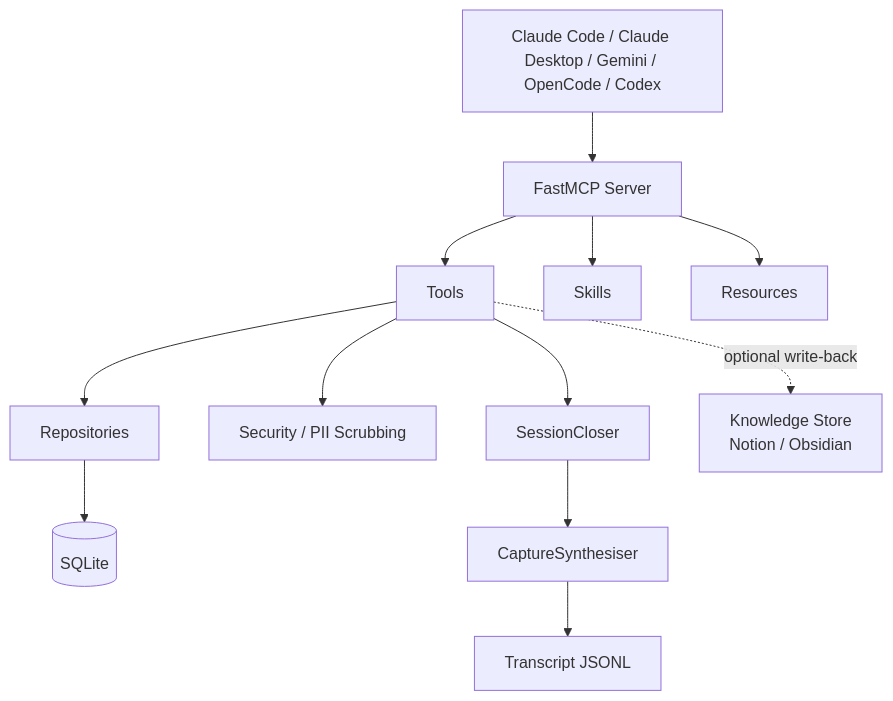
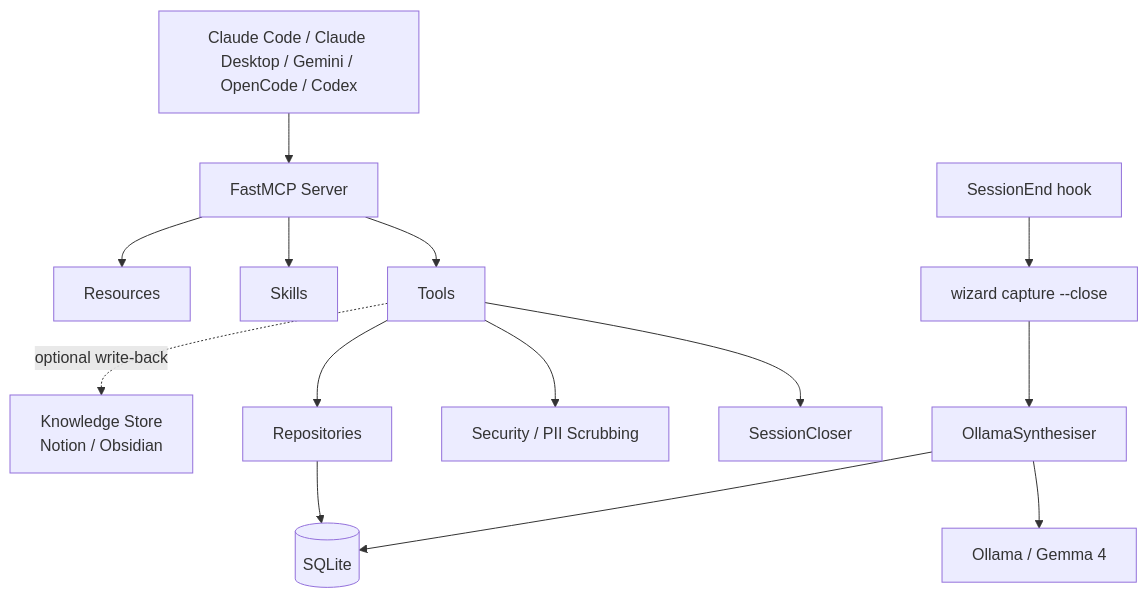
Before and after one commit to kiran-capoor94/wizard: the diagram in README.md, drawn with Mermaid. The commit also changed other lines of this file and 40 other files, not shown here.

First line of the commit message:
feat: replace MCP-coupled synthesis with local Ollama (OllamaSynthesiser)

````diff
--- a/README.md
+++ b/README.md
@@ -120,14 +123,16 @@
 ```mermaid
 graph TD
     A[Claude Code / Claude Desktop / Gemini / OpenCode / Codex] --> B[FastMCP Server]
     B --> C[Tools]
     B --> D[Skills]
     B --> E[Resources]
     C --> F[SessionCloser]
     C --> G[Security / PII Scrubbing]
     C --> H[Repositories]
     H --> I[(SQLite)]
-    F --> J[CaptureSynthesiser]
-    J --> K[Transcript JSONL]
+    N[SessionEnd hook] --> O[wizard capture --close]
+    O --> P[OllamaSynthesiser]
+    P --> Q[Ollama / Gemma 4]
+    P --> I
     C -.->|optional write-back| L[Knowledge Store\nNotion / Obsidian]
 ```
````
